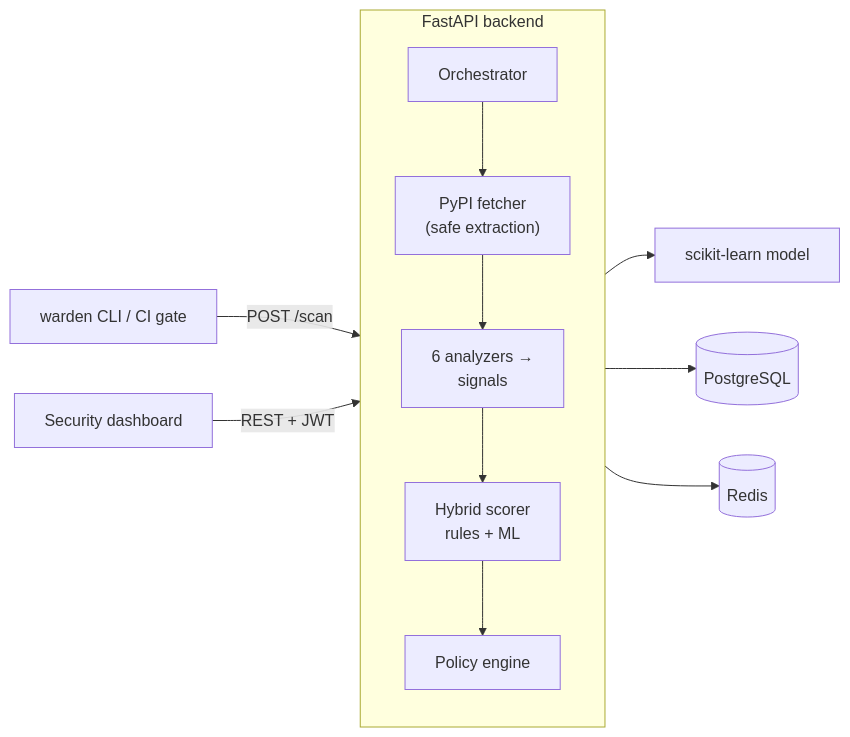
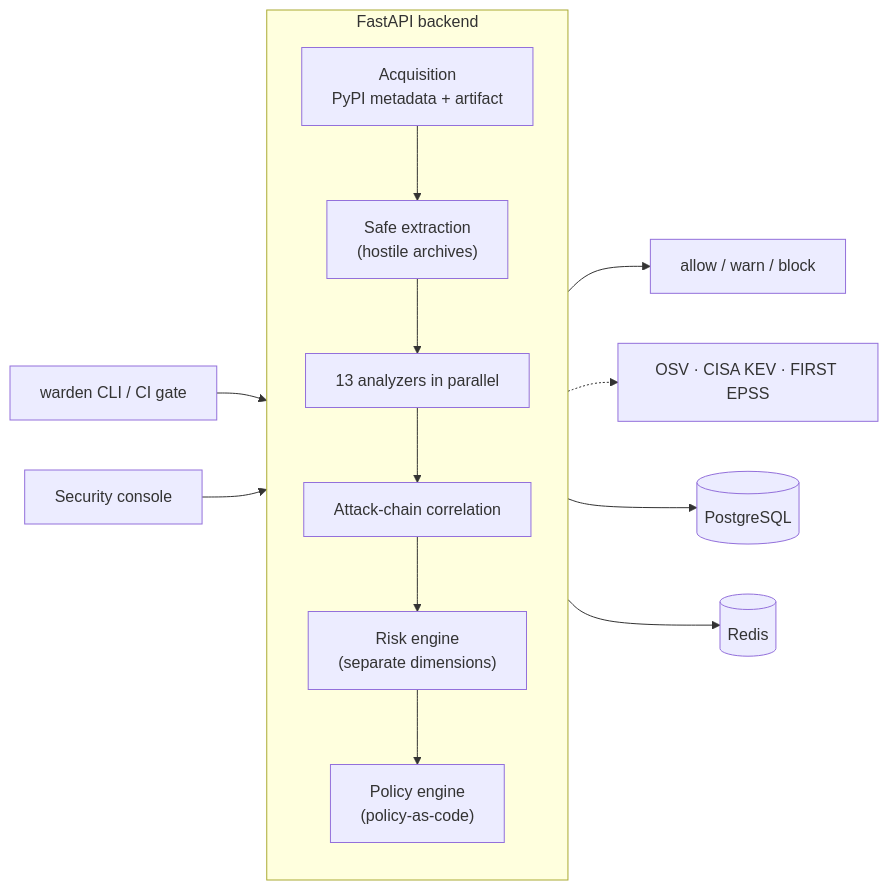
Before and after one commit to rakshit-737/warden-supply-chain-firewall: the diagram in README.md, drawn with Mermaid. The commit also changed other lines of this file and 1 other file, not shown here.

First line of the commit message:
docs: rewrite the README and ML documentation for Warden X

````diff
--- a/README.md
+++ b/README.md
@@ -41,15 +40,17 @@
 ```mermaid
 flowchart LR
-    CLI["warden CLI / CI gate"] -->|POST /scan| API
-    UI["Security dashboard"] -->|REST + JWT| API
-    subgraph API["FastAPI backend"]
-      direction TB
-      O["Orchestrator"] --> F["PyPI fetcher<br/>(safe extraction)"]
-      F --> AZ["6 analyzers →<br/>signals"]
-      AZ --> SC["Hybrid scorer<br/>rules + ML"]
-      SC --> PE["Policy engine"]
-    end
-    API --> DB[("PostgreSQL")]
-    API --> RC[("Redis")]
-    SC --> ML["scikit-learn model"]
+  CLI["warden CLI / CI gate"] --> API
+  UI["Security console"] --> API
+  subgraph API["FastAPI backend"]
+    direction TB
+    ACQ["Acquisition<br/>PyPI metadata + artifact"] --> EXT["Safe extraction<br/>(hostile archives)"]
+    EXT --> AZ["13 analyzers in parallel"]
+    AZ --> COR["Attack-chain correlation"]
+    COR --> RISK["Risk engine<br/>(separate dimensions)"]
+    RISK --> POL["Policy engine<br/>(policy-as-code)"]
+  end
+  POL --> V["allow / warn / block"]
+  API --> DB[("PostgreSQL")]
+  API --> RC[("Redis")]
+  AZ -.-> INTEL["OSV · CISA KEV · FIRST EPSS"]
 ```
````
